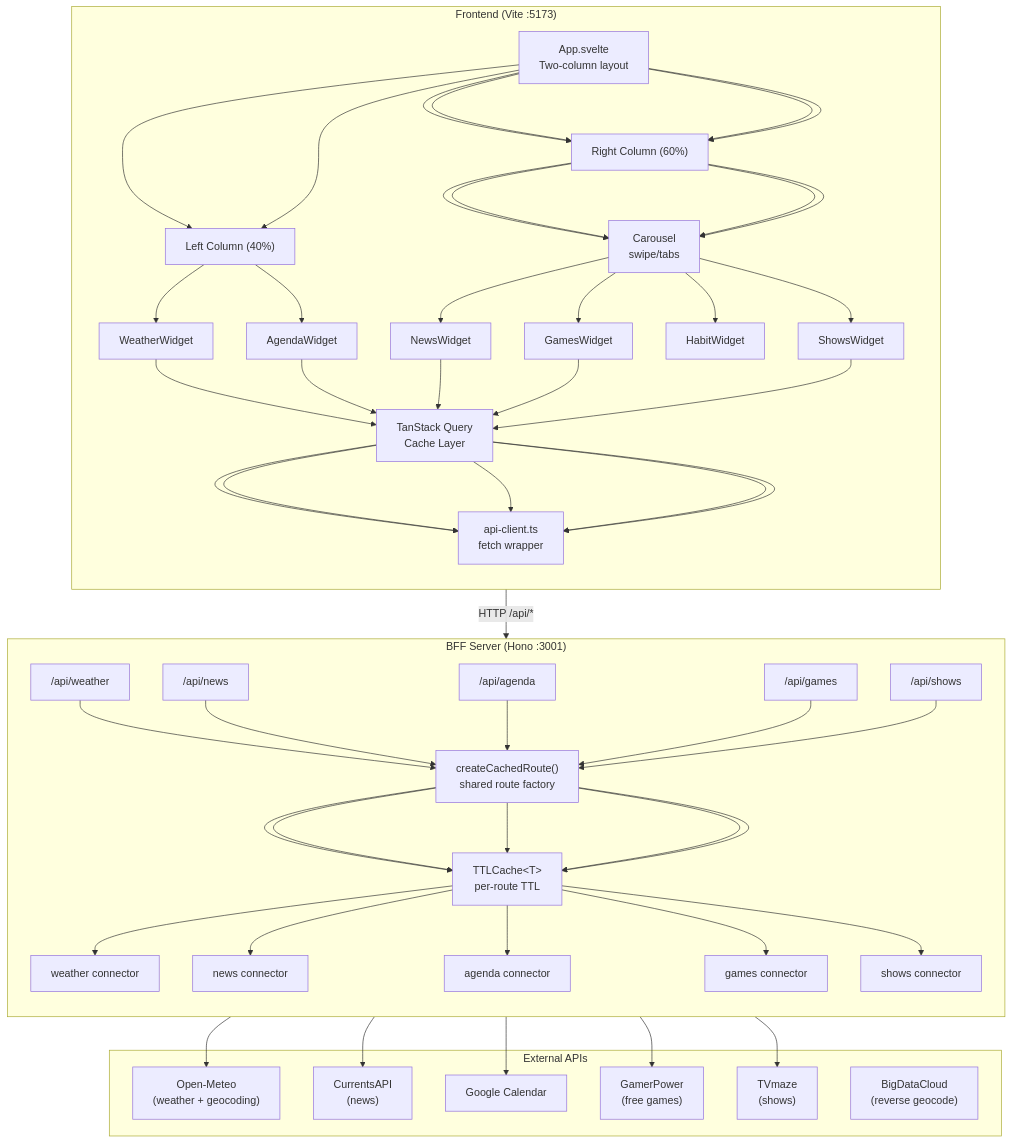
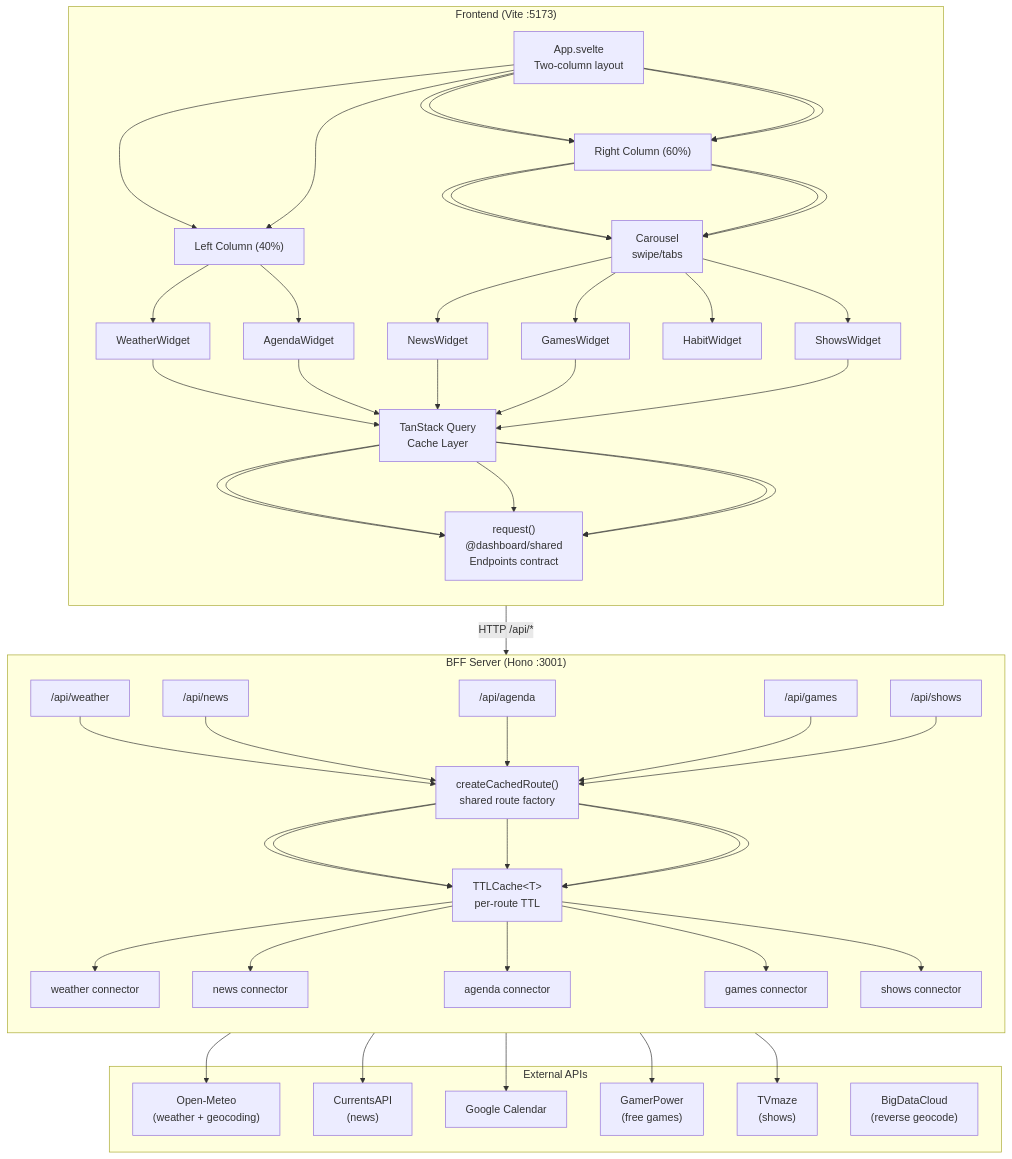
One commit to gabrielLoff/dashboard changed the first of 2 diagrams in docs/architecture/architecture.md. Above: the diagram before and after it, drawn with Mermaid. The commit also changed other lines of this file and 58 other files, not shown here.

First line of the commit message:
feat(#125): deepen the client-server request seam

````diff
--- a/docs/architecture/architecture.md
+++ b/docs/architecture/architecture.md
@@ -9,65 +9,65 @@
 ```mermaid
 graph TD
     subgraph Frontend["Frontend (Vite :5173)"]
         direction TB
         A["App.svelte<br/>Two-column layout"]
         LC["Left Column (40%)"]
         RC["Right Column (60%)"]
         W1["WeatherWidget"]
         W3["AgendaWidget"]
         Carousel["Carousel<br/>swipe/tabs"]
         W2["NewsWidget"]
         W4["GamesWidget"]
         W5["HabitWidget"]
         W6["ShowsWidget"]
         TQ["TanStack Query<br/>Cache Layer"]
-        API["api-client.ts<br/>fetch wrapper"]
+        API["request()<br/>@dashboard/shared<br/>Endpoints contract"]
     end
 
     subgraph BFF["BFF Server (Hono :3001)"]
         direction TB
         CR["createCachedRoute()<br/>shared route factory"]
         R1["/api/weather"]
         R2["/api/news"]
         R3["/api/agenda"]
         R4["/api/games"]
         R5["/api/shows"]
         Cache["TTLCache&lt;T&gt;<br/>per-route TTL"]
         C1["weather connector"]
         C2["news connector"]
         C3["agenda connector"]
         C4["games connector"]
         C5["shows connector"]
     end
 
     subgraph External["External APIs"]
         E1["Open-Meteo<br/>(weather + geocoding)"]
         E2["CurrentsAPI<br/>(news)"]
         E3["Google Calendar"]
         E4["GamerPower<br/>(free games)"]
         E5["TVmaze<br/>(shows)"]
         E6["BigDataCloud<br/>(reverse geocode)"]
     end
 
     A --> LC --> W1
     A --> LC --> W3
     A --> RC --> Carousel --> W2
     A --> RC --> Carousel --> W4
     A --> RC --> Carousel --> W5
     A --> RC --> Carousel --> W6
 
     W1 --> TQ --> API
     W2 --> TQ --> API
     W3 --> TQ --> API
     W4 --> TQ --> API
     W5
     W6 --> TQ --> API
 
     API -->|"HTTP /api/*"| BFF
 
     R1 --> CR --> Cache --> C1 --> E1
     R2 --> CR --> Cache --> C2 --> E2
     R3 --> CR --> Cache --> C3 --> E3
     R4 --> CR --> Cache --> C4 --> E4
     R5 --> CR --> Cache --> C5 --> E5
 ```
````
